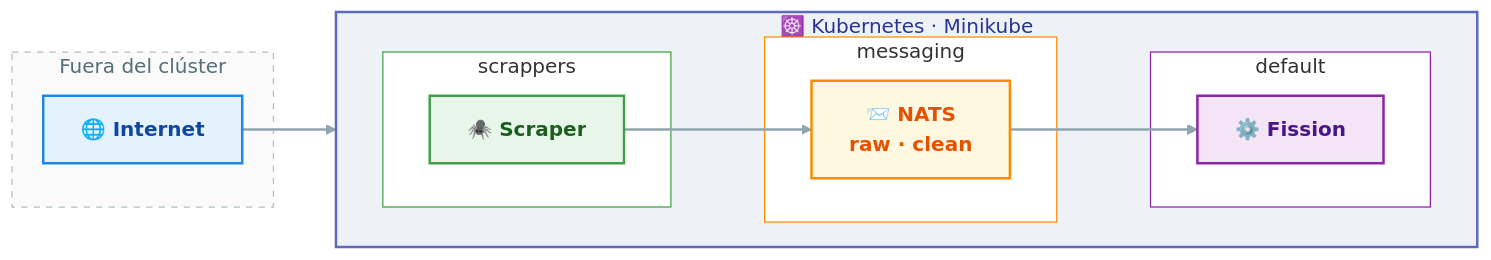
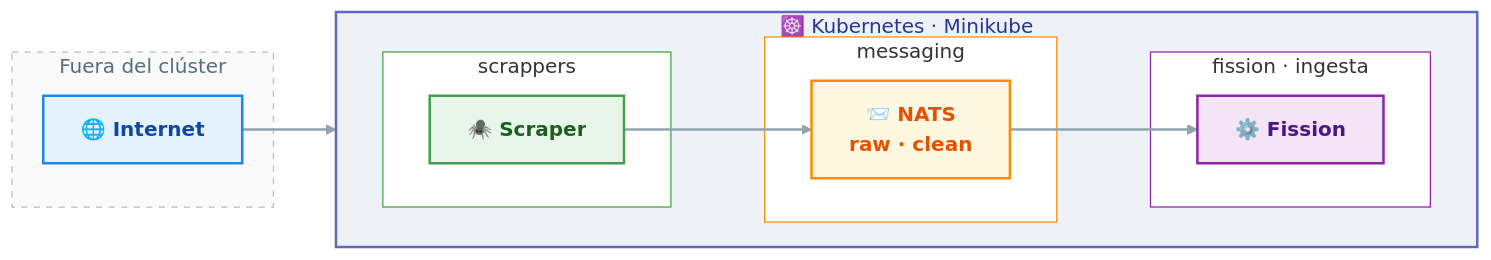
Before and after one commit to TheMinimalOwl/PTI-Q26-27-TARDOR: the diagram in flujo-entrada/docs/README.md, drawn with Mermaid. The commit also changed other lines of this file and 31 other files, not shown here.

````diff
--- a/flujo-entrada/docs/README.md
+++ b/flujo-entrada/docs/README.md
@@ -23,40 +23,40 @@
 ```mermaid
 flowchart LR
     subgraph EXT["Fuera del clúster"]
         A["🌐 Internet"]
     end
 
     subgraph K8S["☸️ Kubernetes · Minikube"]
         direction LR
         subgraph N1["scrappers"]
             B["🕷️ Scraper"]
         end
         subgraph N2["messaging"]
             C["📨 NATS<br/>raw · clean"]
         end
-        subgraph N3["default"]
+        subgraph N3["fission · ingesta"]
             D["⚙️ Fission"]
         end
         B --> C
         C --> D
     end
 
     A --> B
 
     classDef cInternet fill:#e3f2fd,stroke:#1e88e5,stroke-width:2px,color:#0d47a1,font-weight:bold
     classDef cScraper fill:#e8f5e9,stroke:#43a047,stroke-width:2px,color:#1b5e20,font-weight:bold
     classDef cNats fill:#fff8e1,stroke:#fb8c00,stroke-width:2px,color:#e65100,font-weight:bold
     classDef cFission fill:#f3e5f5,stroke:#8e24aa,stroke-width:2px,color:#4a148c,font-weight:bold
 
     class A cInternet
     class B cScraper
     class C cNats
     class D cFission
 
     style EXT fill:#fafafa,stroke:#b0bec5,stroke-dasharray:5 5,color:#546e7a
     style K8S fill:#eef2f7,stroke:#5c6bc0,stroke-width:2px,color:#283593
     style N1 fill:#ffffff,stroke:#43a047
     style N2 fill:#ffffff,stroke:#fb8c00
     style N3 fill:#ffffff,stroke:#8e24aa
     linkStyle default stroke:#90a4ae,stroke-width:2px
 ```
````
